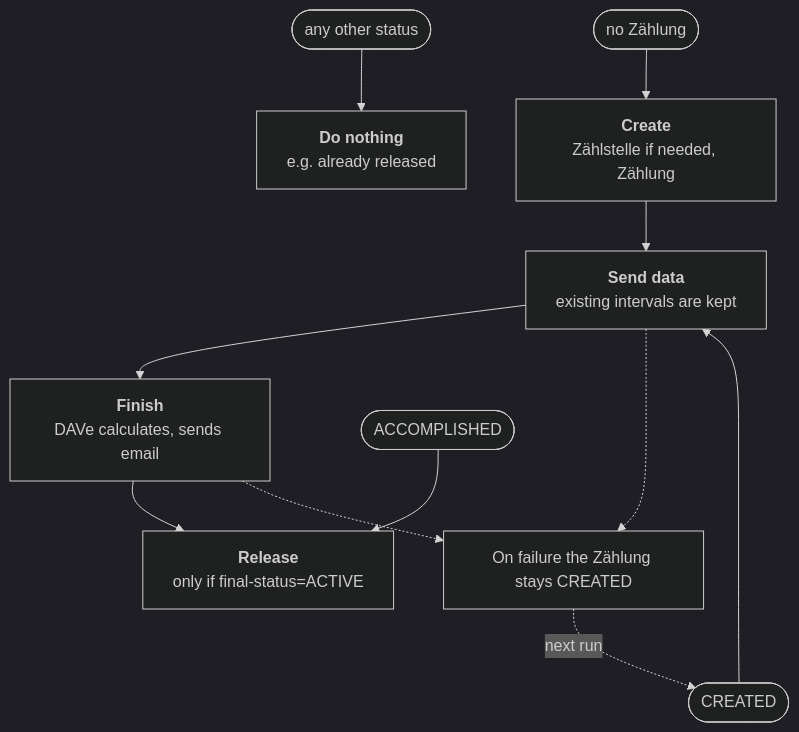
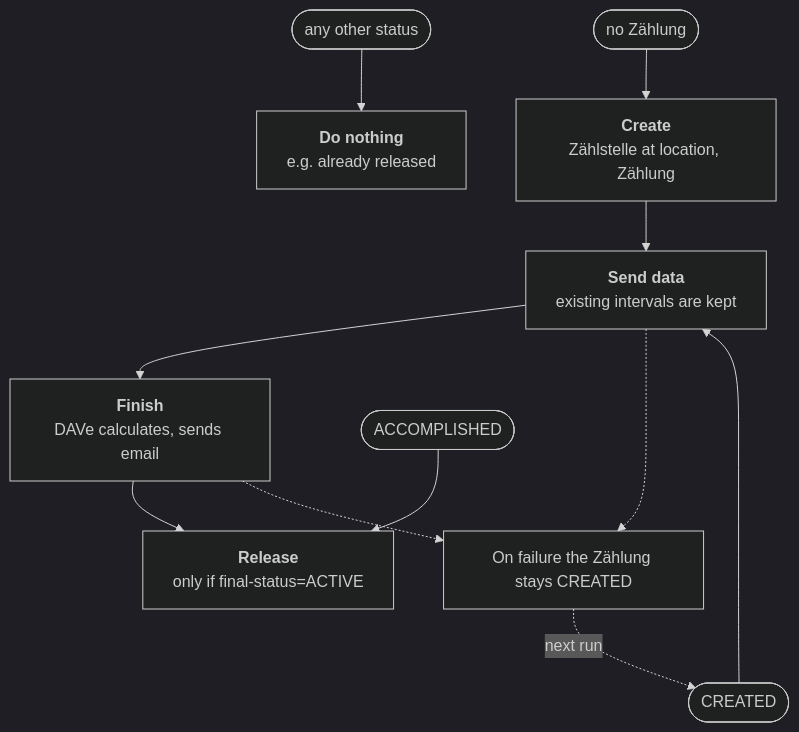
The second of 2 diagrams in docs/Cronist-DAVe-Adapter (EN).md (starwit/cronist-dave-adapter), drawn with Mermaid (dark theme) before and after one commit. The commit also changed other lines of this file and 15 other files, not shown here.

````diff
--- a/docs/Cronist-DAVe-Adapter (EN).md
+++ b/docs/Cronist-DAVe-Adapter (EN).md
@@ -38,14 +43,14 @@
 ```mermaid
 flowchart TD
     other(["any other status"]) --> nothing["<b>Do nothing</b><br/>e.g. already released"]
-    none(["no Zählung"]) --> create["<b>Create</b><br/>Zählstelle if needed, Zählung"]
+    none(["no Zählung"]) --> create["<b>Create</b><br/>Zählstelle at location, Zählung"]
     create --> send["<b>Send data</b><br/>existing intervals are kept"]
     created(["CREATED"]) --> send
     send --> finish["<b>Finish</b><br/>DAVe calculates, sends email"]
     finish --> release["<b>Release</b><br/>only if final-status=ACTIVE"]
     accomplished(["ACCOMPLISHED"]) --> release
 
     send -.-> failed["On failure the Zählung stays CREATED"]
     finish -.-> failed
     failed -. "next run" .-> created
 ```
````
